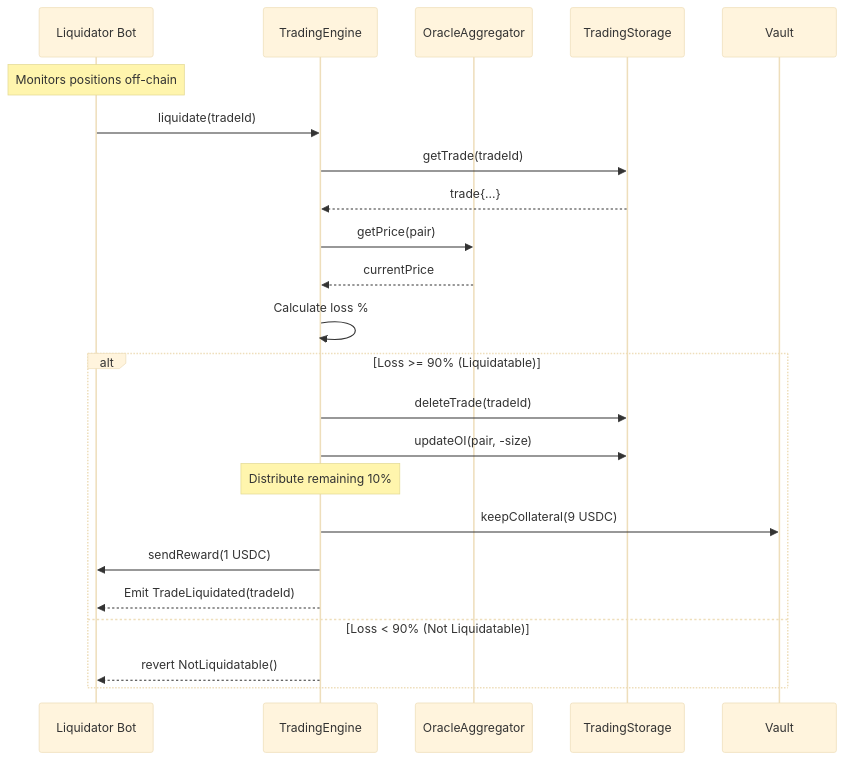
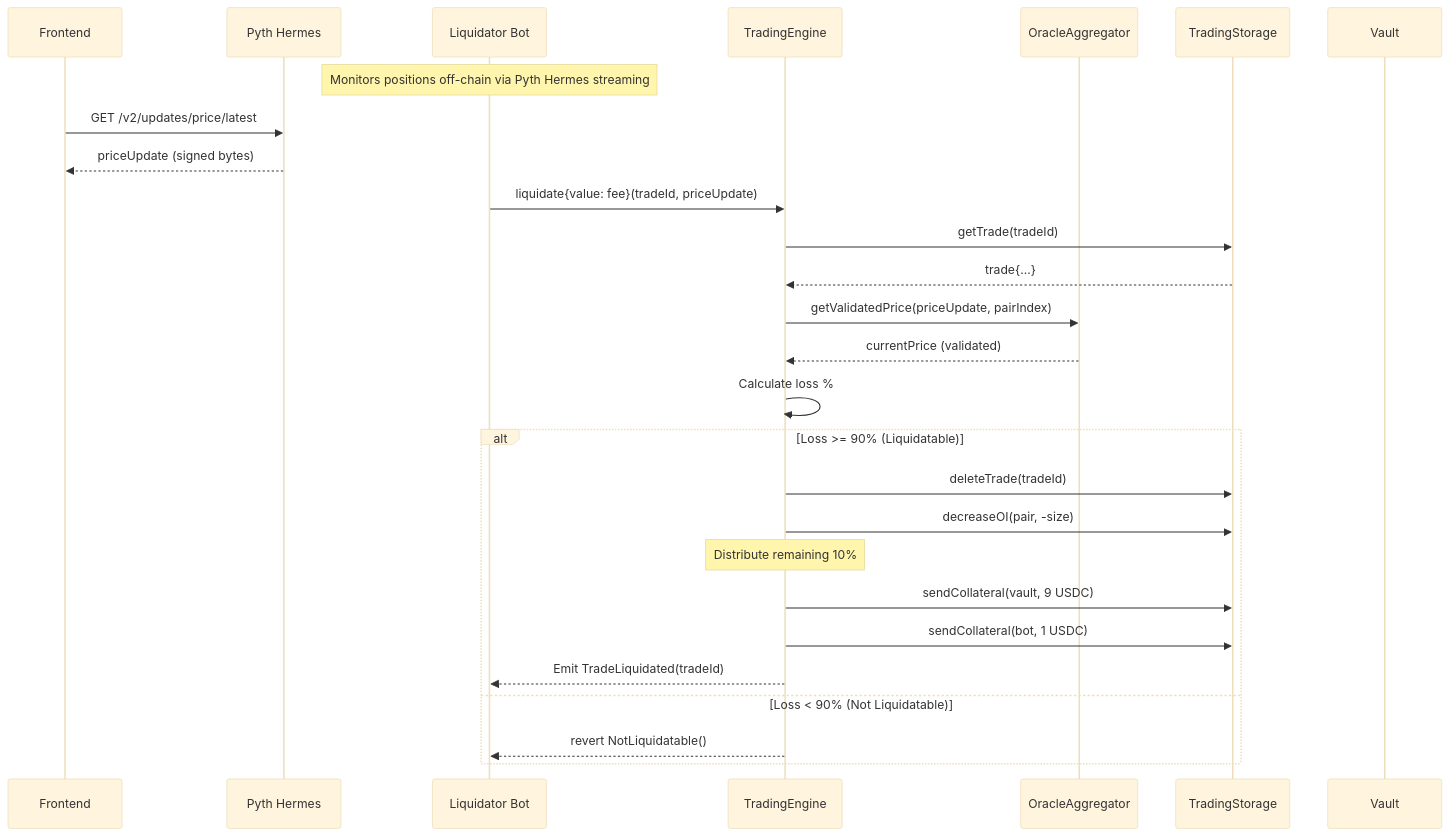
One commit to GushALKDev/evm-synthetic-trading-protocol changed the fifth of 5 diagrams in docs/03-architecture.md. Above: the diagram before and after it, drawn with Mermaid (base theme). The commit also changed other lines of this file and 8 other files, not shown here.

First line of the commit message:
Redesign oracle architecture from custom DON to Pyth + Chainlink

````diff
--- a/docs/03-architecture.md
+++ b/docs/03-architecture.md
@@ -330,32 +461,37 @@
 ```mermaid
 sequenceDiagram
+    participant Frontend
+    participant Hermes as Pyth Hermes
     participant Bot as Liquidator Bot
     participant Trading as TradingEngine
     participant Oracle as OracleAggregator
     participant Storage as TradingStorage
     participant Vault
 
-    Note over Bot: Monitors positions off-chain
-    Bot->>Trading: liquidate(tradeId)
-    
+    Note over Bot: Monitors positions off-chain via Pyth Hermes streaming
+    Frontend->>Hermes: GET /v2/updates/price/latest
+    Hermes-->>Frontend: priceUpdate (signed bytes)
+
+    Bot->>Trading: liquidate{value: fee}(tradeId, priceUpdate)
+
     Trading->>Storage: getTrade(tradeId)
     Storage-->>Trading: trade{...}
-    
-    Trading->>Oracle: getPrice(pair)
-    Oracle-->>Trading: currentPrice
-    
+
+    Trading->>Oracle: getValidatedPrice(priceUpdate, pairIndex)
+    Oracle-->>Trading: currentPrice (validated)
+
     Trading->>Trading: Calculate loss %
-    
+
     alt Loss >= 90% (Liquidatable)
         Trading->>Storage: deleteTrade(tradeId)
-        Trading->>Storage: updateOI(pair, -size)
-        
+        Trading->>Storage: decreaseOI(pair, -size)
+
         Note over Trading: Distribute remaining 10%
-        Trading->>Vault: keepCollateral(9 USDC)
-        Trading->>Bot: sendReward(1 USDC)
-        
+        Trading->>Storage: sendCollateral(vault, 9 USDC)
+        Trading->>Storage: sendCollateral(bot, 1 USDC)
+
         Trading-->>Bot: Emit TradeLiquidated(tradeId)
     else Loss < 90% (Not Liquidatable)
         Trading-->>Bot: revert NotLiquidatable()
     end
 ```
````
